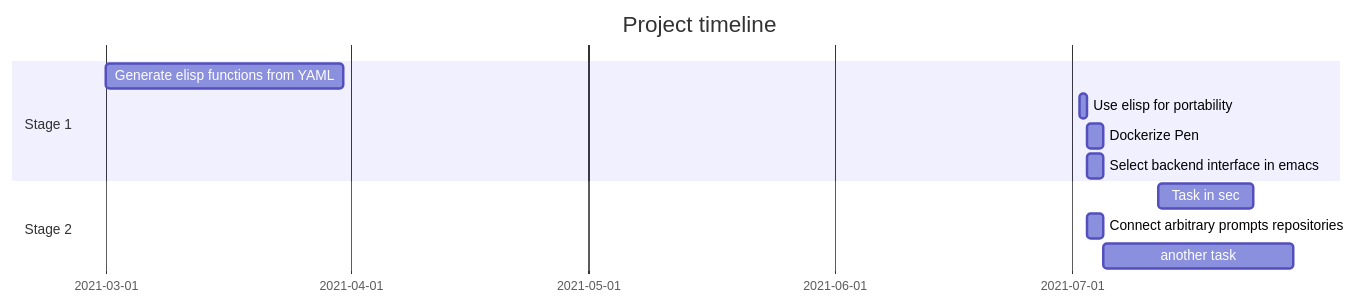
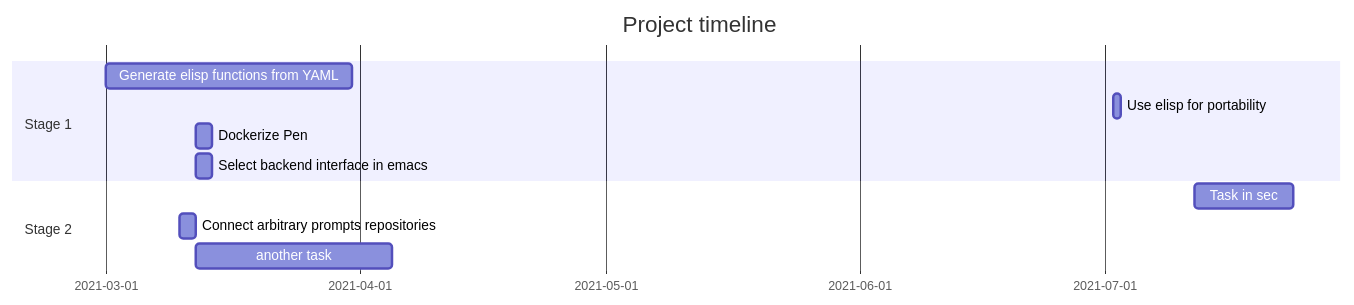
The diagram in docs/README.org (semiosis/pen.el), drawn with Mermaid before and after one commit.

Commit message:
Fri 02 Jul 2021 16:01:08

```diff
--- a/docs/README.org
+++ b/docs/README.org
@@ -19,14 +19,14 @@
 #+BEGIN_SRC mermaid :results raw :file project-timeline.png
 gantt
         title Project timeline
         dateFormat  YYYY-MM-DD
         section Stage 1
-        Generate elisp functions from YAML           :a1, 2021-03-01, 30d
+        Generate elisp functions from YAML    :a1, 2021-03-01, 30d
         Use elisp for portability     :a1, 2021-07-02, 1d
         Dockerize Pen     :after a1  , 2d
         Select backend interface in emacs     :after a1  , 2d
         section Stage 2
         Task in sec      :2021-07-12  , 12d
-        Connect arbitrary prompts repositories :after a1  , 2d
+        Connect arbitrary prompts repositories :a1, 2021-03-10, 2d
         another task      : 24d
 #+END_SRC
```
